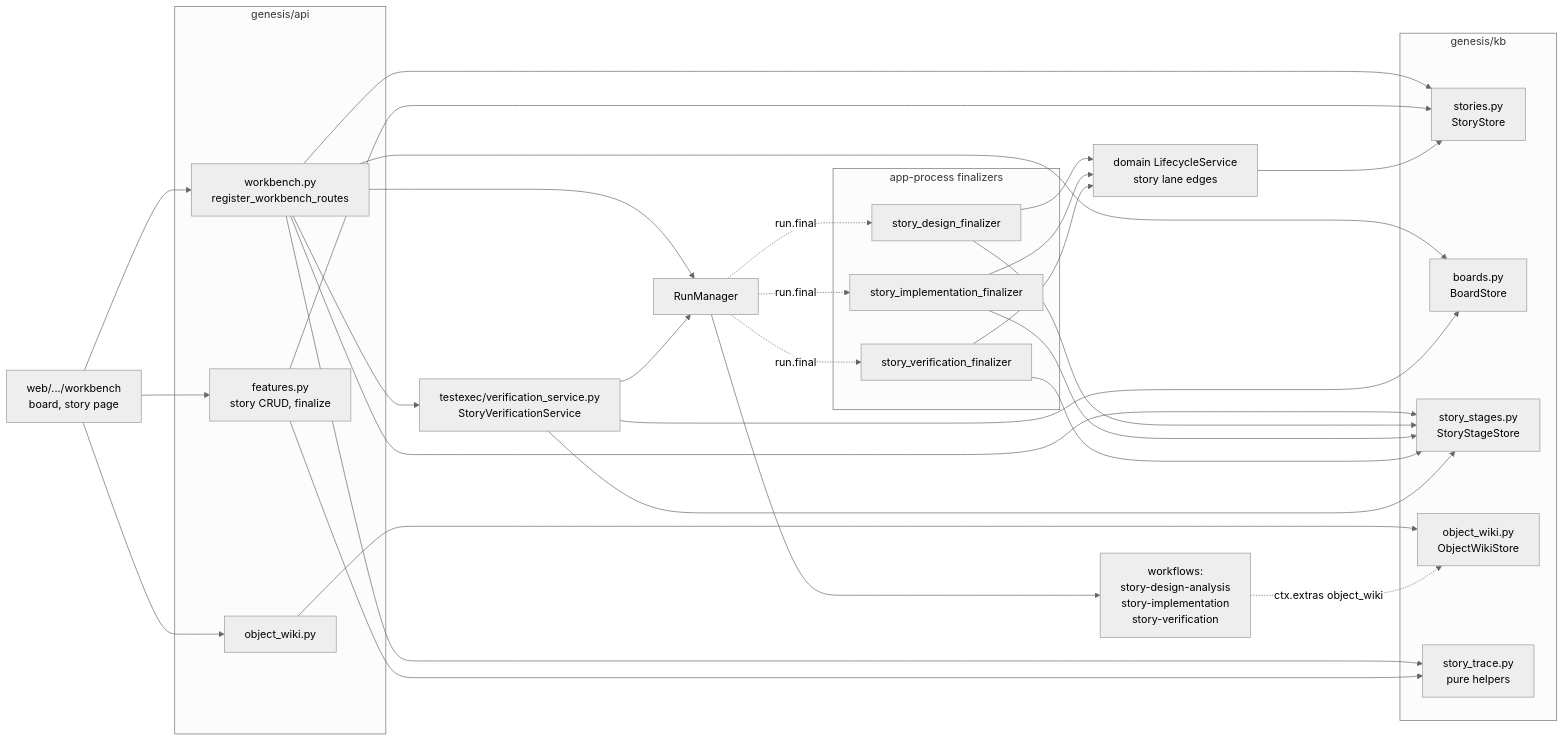
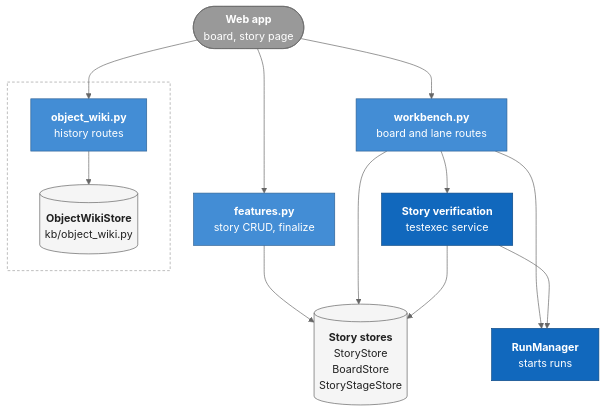
The first of 4 diagrams in genesis/architecture/modules/stories-and-workbench.md (ram-020998/project-tracker), drawn with Mermaid (neutral theme) before and after one commit. The commit also changed other lines of this file and 24 other files, not shown here.

First line of the commit message:
architecture: rewrite all 86 Mermaid diagrams to one C4 style, each render-checked

````diff
--- a/genesis/architecture/modules/stories-and-workbench.md
+++ b/genesis/architecture/modules/stories-and-workbench.md
@@ -51,36 +51,33 @@
 ```mermaid
-flowchart LR
-    web["web/.../workbench<br/>board, story page"]
-    subgraph api["genesis/api"]
-        wb["workbench.py<br/>register_workbench_routes"]
-        wiki_api["object_wiki.py"]
-        feat["features.py<br/>story CRUD, finalize"]
+flowchart TB
+    web(["<b>Web app</b><br/>board, story page"]):::ext
+
+    feat["<b>features.py</b><br/>story CRUD, finalize"]:::comp
+    wb["<b>workbench.py</b><br/>board and lane routes"]:::comp
+
+    vs["<b>Story verification</b><br/>testexec service"]:::core
+    rm["<b>RunManager</b><br/>starts runs"]:::core
+
+    stores[("<b>Story stores</b><br/>StoryStore<br/>BoardStore<br/>StoryStageStore")]:::data
+    subgraph wg [" "]
+        wikiapi["<b>object_wiki.py</b><br/>history routes"]:::comp
+        wiki[("<b>ObjectWikiStore</b><br/>kb/object_wiki.py")]:::data
+        wikiapi --> wiki
     end
-    subgraph kb["genesis/kb"]
-        stories["stories.py<br/>StoryStore"]
-        boards["boards.py<br/>BoardStore"]
-        sstages["story_stages.py<br/>StoryStageStore"]
-        wiki["object_wiki.py<br/>ObjectWikiStore"]
-        trace["story_trace.py<br/>pure helpers"]
-    end
-    subgraph fin["app-process finalizers"]
-        fd["story_design_finalizer"]
-        fi["story_implementation_finalizer"]
-        fv["story_verification_finalizer"]
-    end
-    vs["testexec/verification_service.py<br/>StoryVerificationService"]
-    rm["RunManager"]
-    life["domain LifecycleService<br/>story lane edges"]
-    wf["workflows:<br/>story-design-analysis<br/>story-implementation<br/>story-verification"]
-    web --> wb & wiki_api & feat
-    wb --> boards & sstages & stories & trace & vs
+
+    web --> wikiapi
+    web --> feat
+    web --> wb
+    wb --> vs
     wb --> rm
-    feat --> stories & trace
-    wiki_api --> wiki
-    rm --> wf
-    rm -. "run.final" .-> fd & fi & fv
-    fd & fi & fv --> sstages & life
-    life --> stories
-    vs --> rm & sstages & boards
-    wf -. "ctx.extras object_wiki" .-> wiki
+    vs --> rm
+    feat --> stores
+    wb --> stores
+    vs --> stores
+
+    style wg fill:#ffffff,stroke:#9e9e9e,stroke-dasharray:4 3
+    classDef core fill:#1168bd,stroke:#0b4884,color:#ffffff
+    classDef comp fill:#438dd5,stroke:#2e6295,color:#ffffff
+    classDef ext fill:#999999,stroke:#6b6b6b,color:#ffffff
+    classDef data fill:#f5f5f5,stroke:#616161,color:#212121
 ```
````
